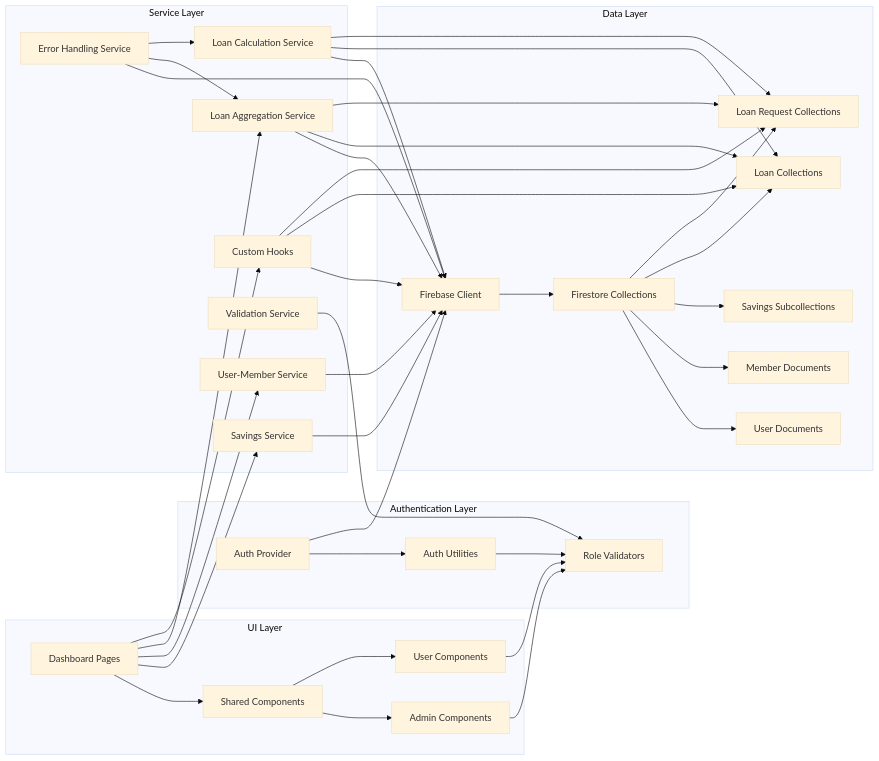
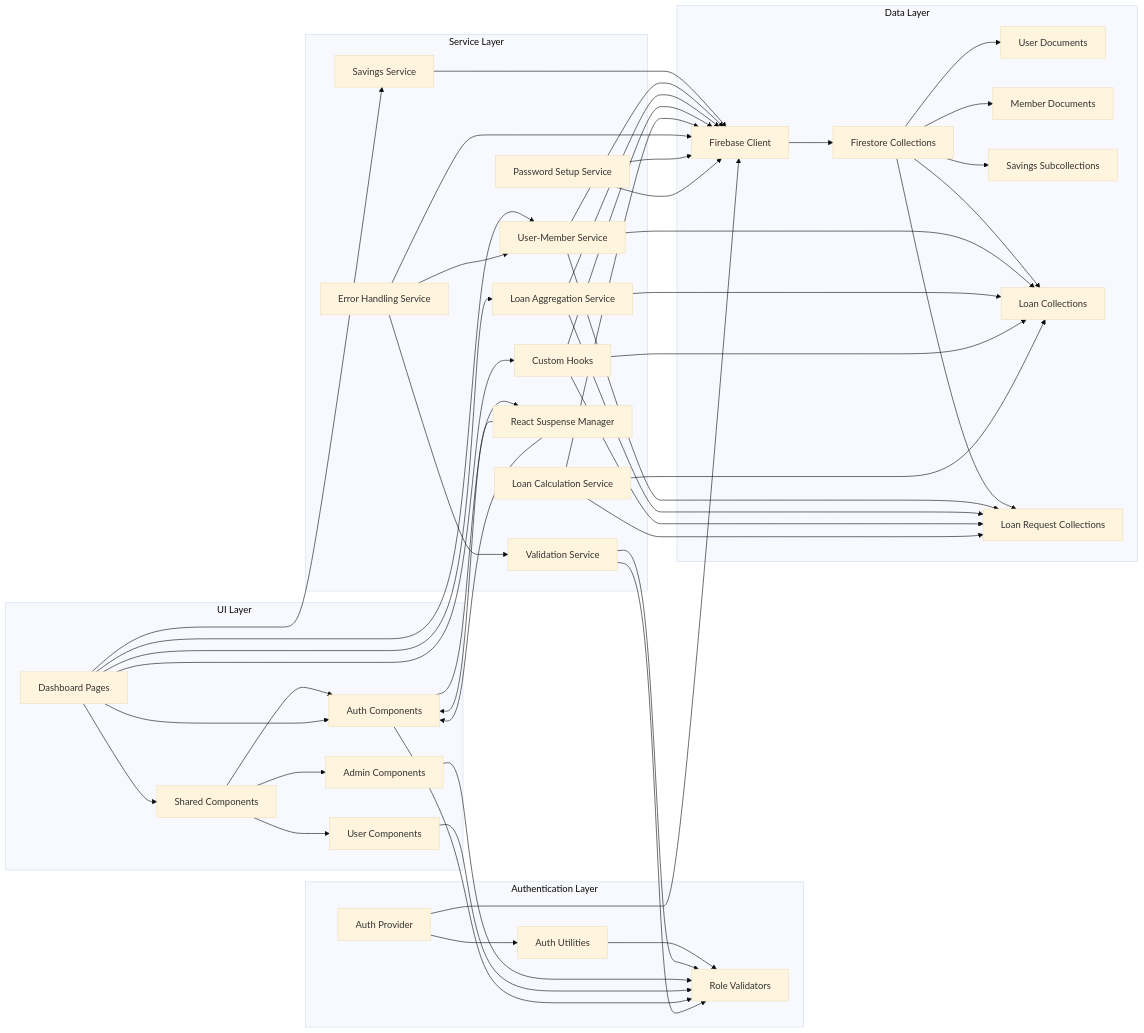
One commit to Unsure-bry/sampacoop_system changed diagram 12 of 12 in .qoder/repowiki/en/content/Dashboard System.md. Above: the diagram before and after it, drawn with Mermaid (base theme). The commit also changed other lines of this file and 12 other files, not shown here.

````diff
--- a/.qoder/repowiki/en/content/Dashboard System.md
+++ b/.qoder/repowiki/en/content/Dashboard System.md
@@ -476,44 +597,55 @@
 ```mermaid
 graph LR
 subgraph "Authentication Layer"
 A[Auth Provider] --> B[Auth Utilities]
 B --> C[Role Validators]
 end
 subgraph "Data Layer"
 D[Firebase Client] --> E[Firestore Collections]
 E --> F[User Documents]
 E --> G[Member Documents]
 E --> H[Savings Subcollections]
 E --> I[Loan Collections]
 E --> J[Loan Request Collections]
 end
 subgraph "UI Layer"
 K[Dashboard Pages] --> L[Shared Components]
 L --> M[Admin Components]
 L --> N[User Components]
+L --> O[Auth Components]
 end
 subgraph "Service Layer"
-O[Savings Service] --> D
-P[User-Member Service] --> D
-Q[Loan Aggregation Service] --> D
-R[Custom Hooks] --> D
-S[Validation Service] --> C
-T[Loan Calculation Service] --> D
-U[Error Handling Service] --> D
+P[Savings Service] --> D
+Q[User-Member Service] --> D
+R[Loan Aggregation Service] --> D
+S[Custom Hooks] --> D
+T[Validation Service] --> C
+U[Loan Calculation Service] --> D
+V[Error Handling Service] --> D
+W[Password Setup Service] --> D
+X[React Suspense Manager] --> O
 end
 A --> D
 K --> O
 K --> P
 K --> Q
 K --> R
+K --> S
 M --> C
 N --> C
+O --> C
+O --> X
 Q --> I
 Q --> J
 R --> I
 R --> J
-T --> I
-T --> J
-U --> Q
-U --> T
+S --> I
+S --> J
+T --> C
+U --> I
+U --> J
+V --> Q
+V --> T
+W --> D
+X --> O
 ```
````
